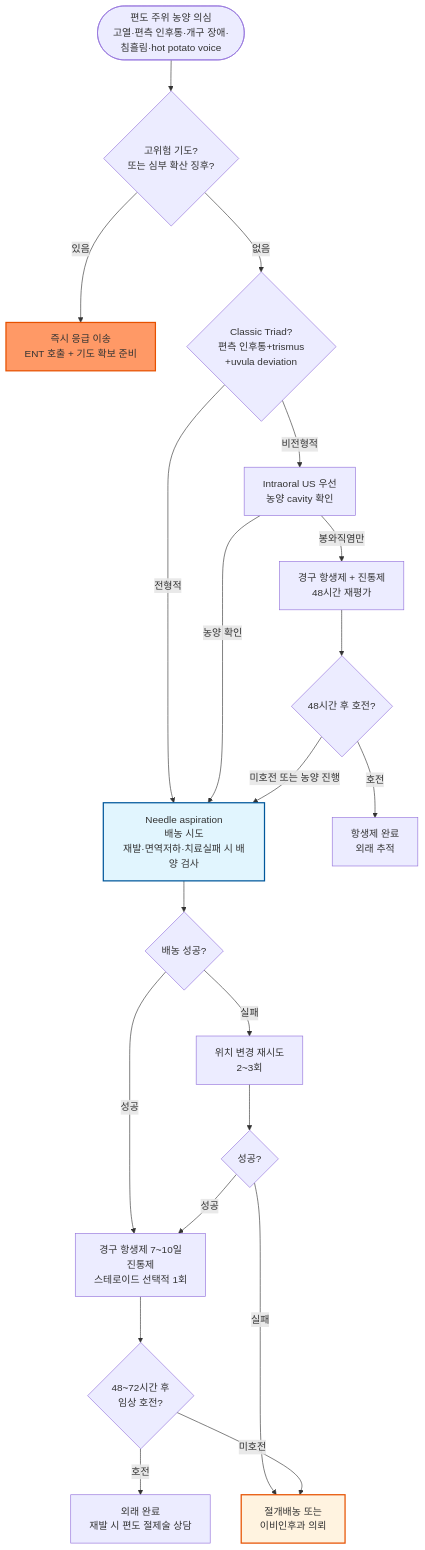
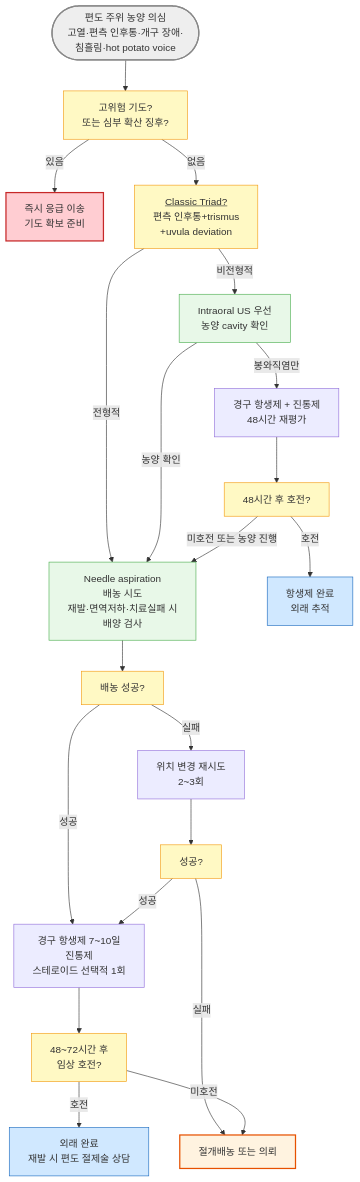
The diagram in 223_/065_-peritonsillar-abscess.md (familyoh77/familyoh77), drawn with Mermaid before and after one commit. The commit also changed other lines of this file, not shown here.

````diff
--- a/223_/065_-peritonsillar-abscess.md
+++ b/223_/065_-peritonsillar-abscess.md
@@ -102,25 +108,32 @@
 ```mermaid
 graph TD
-    A([편도 주위 농양 의심<br/>고열·편측 인후통·개구 장애·침흘림·hot potato voice]) --> B{고위험 기도?<br/>또는 심부 확산 징후?}
-    B -- 있음 --> C[즉시 응급 이송<br/>ENT 호출 + 기도 확보 준비]
-    B -- 없음 --> D{Classic Triad?<br/>편측 인후통+trismus<br/>+uvula deviation}
-    D -- 전형적 --> G[Needle aspiration<br/>배농 시도<br/>재발·면역저하·치료실패 시 배양 검사]
+    A([편도 주위 농양 의심<br/>고열·편측 인후통·개구 장애·침흘림·hot potato voice]) --> B[고위험 기도?<br/>또는 심부 확산 징후?]
+    B -- 있음 --> C[즉시 응급 이송<br/>기도 확보 준비]
+    B -- 없음 --> D[<u>Classic Triad?</u><br/>편측 인후통+trismus<br/>+uvula deviation]
+    D -- 전형적 --> G[Needle aspiration<br/>배농 시도<br/>재발·면역저하·치료실패 시 
+    배양 검사]
     D -- 비전형적 --> E[Intraoral US 우선<br/>농양 cavity 확인]
     E -- 농양 확인 --> G
     E -- 봉와직염만 --> F[경구 항생제 + 진통제<br/>48시간 재평가]
-    G --> H{배농 성공?}
+    G --> H[배농 성공?]
     H -- 성공 --> I[경구 항생제 7~10일<br/>진통제<br/>스테로이드 선택적 1회]
     H -- 실패 --> G2[위치 변경 재시도<br/>2~3회]
-    G2 --> H2{성공?}
+    G2 --> H2[성공?]
     H2 -- 성공 --> I
-    H2 -- 실패 --> J[절개배농 또는<br/>이비인후과 의뢰]
-    I --> K{48~72시간 후<br/>임상 호전?}
+    H2 -- 실패 --> J[절개배농 또는 의뢰]
+    I --> K[48~72시간 후<br/>임상 호전?]
     K -- 호전 --> L[외래 완료<br/>재발 시 편도 절제술 상담]
     K -- 미호전 --> J
-    F --> M{48시간 후 호전?}
+    F --> M[48시간 후 호전?]
     M -- 호전 --> N[항생제 완료<br/>외래 추적]
     M -- 미호전 또는 농양 진행 --> G
-    style C fill:#f96,stroke:#e65100,stroke-width:2px
-    style G fill:#e1f5fe,stroke:#01579b,stroke-width:2px
+style A fill:#eeeeee,stroke:#888888,stroke-width:2px
+classDef yellow fill:#fff9c4,stroke:#f39c12
+class B,D,H,H2,M,K yellow
+classDef blue fill:#d0e8ff,stroke:#1a6abf
+class N,L blue
+classDef lightGreen fill:#e8f8e8,stroke:#4caf50
+class G,E lightGreen
+    style C fill:#ffcdd2,stroke:#c62828,stroke-width:2px
     style J fill:#fff3e0,stroke:#e65100,stroke-width:2px
 ```
````
